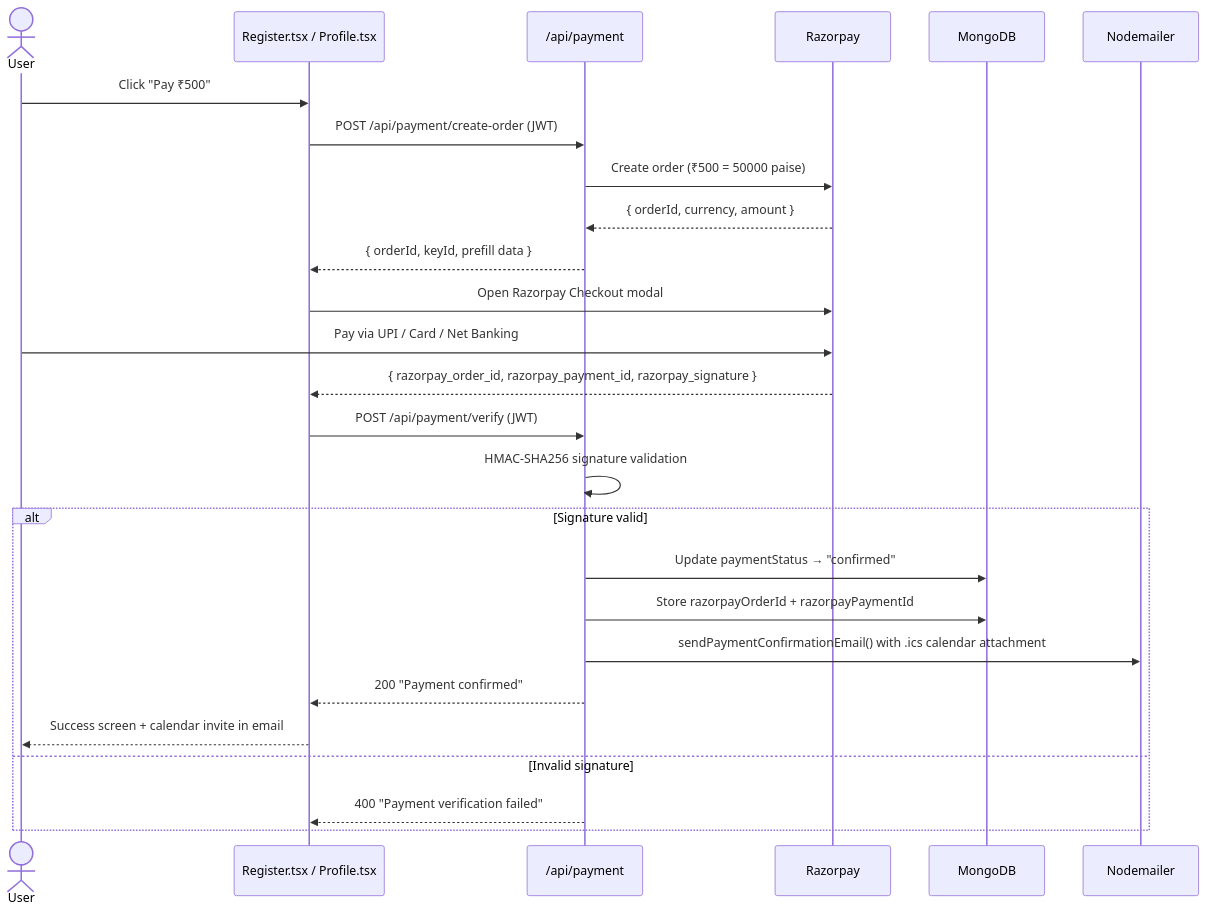
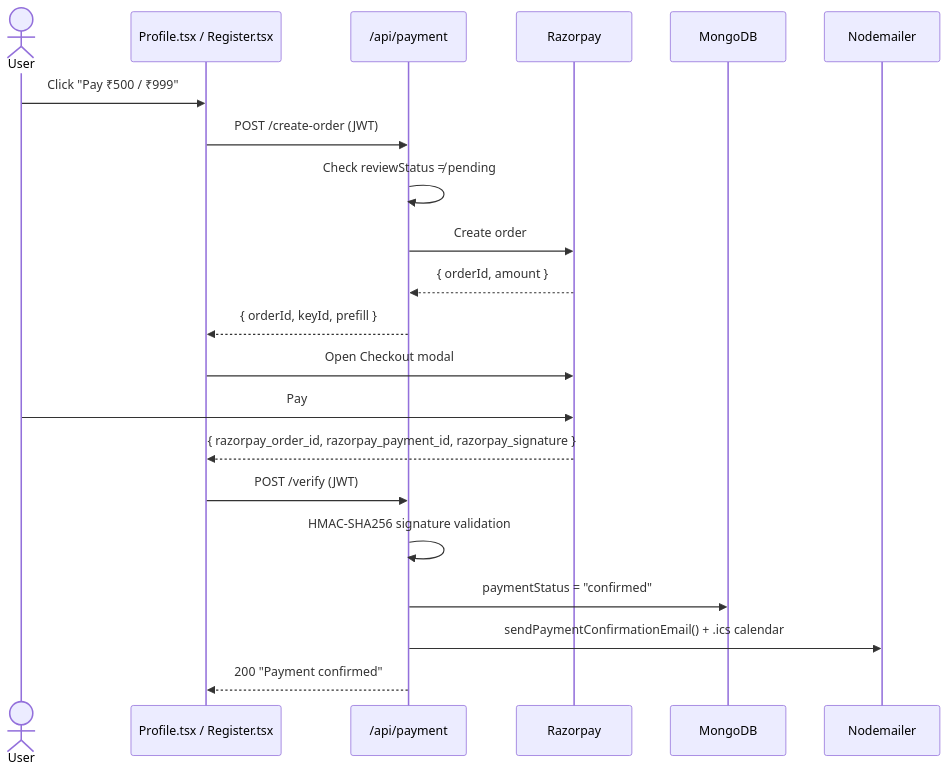
The fourth of 4 diagrams in README.md (akshayaav246-collab/LeadwithAI), drawn with Mermaid before and after one commit. The commit also changed other lines of this file and 22 other files, not shown here.

````diff
--- a/README.md
+++ b/README.md
@@ -286,31 +264,26 @@
 ```mermaid
 sequenceDiagram
     actor User
-    participant FE as Register.tsx / Profile.tsx
+    participant FE as Profile.tsx / Register.tsx
     participant BE as /api/payment
     participant RZP as Razorpay
     participant DB as MongoDB
     participant Mail as Nodemailer
 
-    User->>FE: Click "Pay ₹500"
-    FE->>BE: POST /api/payment/create-order (JWT)
-    BE->>RZP: Create order (₹500 = 50000 paise)
-    RZP-->>BE: { orderId, currency, amount }
-    BE-->>FE: { orderId, keyId, prefill data }
+    User->>FE: Click "Pay ₹500 / ₹999"
+    FE->>BE: POST /create-order (JWT)
+    BE->>BE: Check reviewStatus ≠ pending
+    BE->>RZP: Create order
+    RZP-->>BE: { orderId, amount }
+    BE-->>FE: { orderId, keyId, prefill }
 
-    FE->>RZP: Open Razorpay Checkout modal
-    User->>RZP: Pay via UPI / Card / Net Banking
+    FE->>RZP: Open Checkout modal
+    User->>RZP: Pay
     RZP-->>FE: { razorpay_order_id, razorpay_payment_id, razorpay_signature }
 
-    FE->>BE: POST /api/payment/verify (JWT)
+    FE->>BE: POST /verify (JWT)
     BE->>BE: HMAC-SHA256 signature validation
-    alt Signature valid
-        BE->>DB: Update paymentStatus → "confirmed"
-        BE->>DB: Store razorpayOrderId + razorpayPaymentId
-        BE->>Mail: sendPaymentConfirmationEmail() with .ics calendar attachment
-        BE-->>FE: 200 "Payment confirmed"
-        FE-->>User: Success screen + calendar invite in email
-    else Invalid signature
-        BE-->>FE: 400 "Payment verification failed"
-    end
+    BE->>DB: paymentStatus = "confirmed"
+    BE->>Mail: sendPaymentConfirmationEmail() + .ics calendar
+    BE-->>FE: 200 "Payment confirmed"
 ```
````
